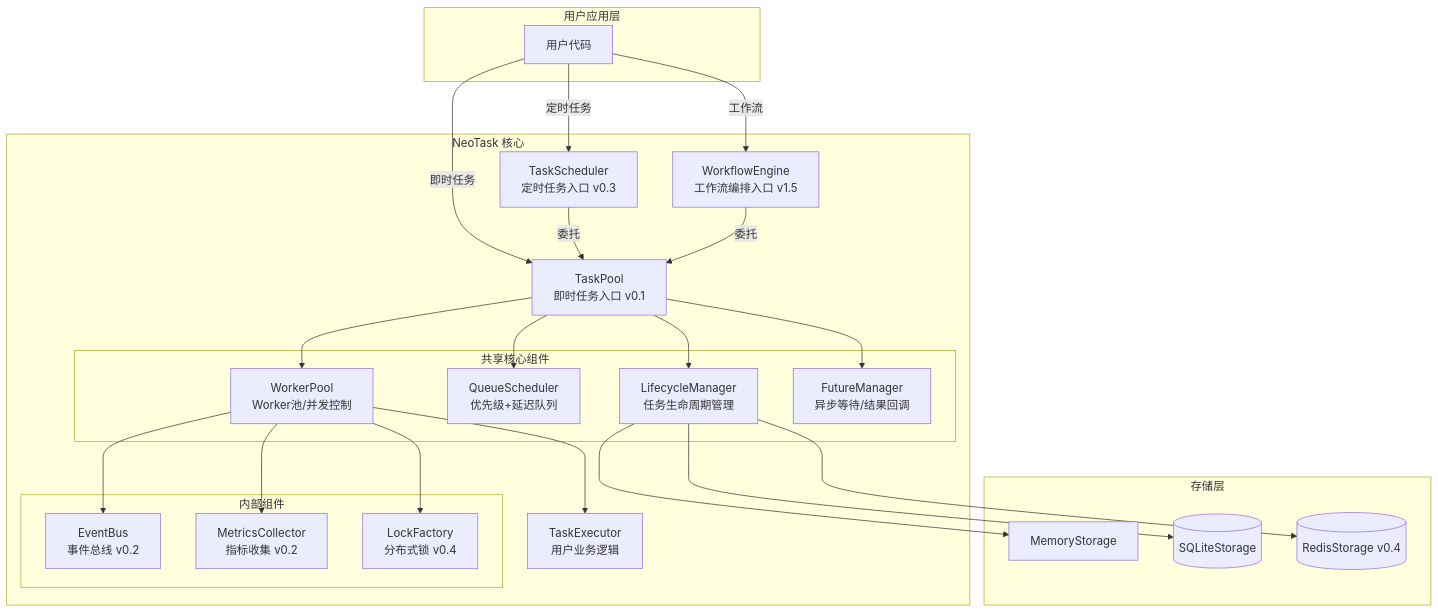
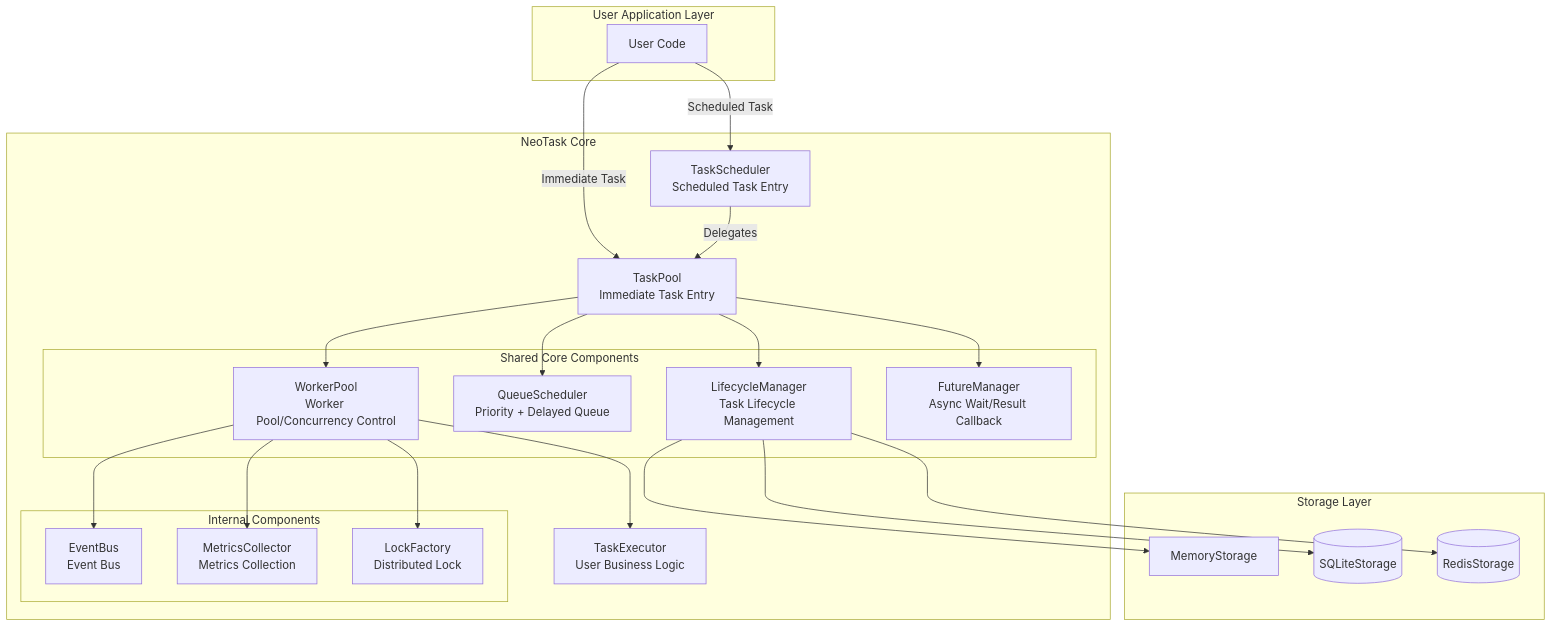
The first of 2 diagrams in README.md (neopen/task-schedule-manager), drawn with Mermaid before and after one commit. The commit also changed other lines of this file and 6 other files, not shown here.

````diff
--- a/README.md
+++ b/README.md
@@ -44,52 +43,49 @@
 ```mermaid
 graph TB
-    subgraph User["用户应用层"]
-        APP[用户代码]
+    subgraph User["User Application Layer"]
+        APP[User Code]
     end
     
-    subgraph NeoTask["NeoTask 核心"]
-        TP[TaskPool<br/>即时任务入口 v0.1]
-        TS[TaskScheduler<br/>定时任务入口 v0.3]
-        WF[WorkflowEngine<br/>工作流编排入口 v1.5]
+    subgraph NeoTask["NeoTask Core"]
+        TP[TaskPool<br/>Immediate Task Entry]
+        TS[TaskScheduler<br/>Scheduled Task Entry]
         
-        subgraph Core["共享核心组件"]
-            LM[LifecycleManager<br/>任务生命周期管理]
-            QS[QueueScheduler<br/>优先级+延迟队列]
-            WP[WorkerPool<br/>Worker池/并发控制]
-            FM[FutureManager<br/>异步等待/结果回调]
+        subgraph Core["Shared Core Components"]
+            LM[LifecycleManager<br/>Task Lifecycle Management]
+            QS[QueueScheduler<br/>Priority + Delayed Queue]
+            WP[WorkerPool<br/>Worker Pool/Concurrency Control]
+            FM[FutureManager<br/>Async Wait/Result Callback]
         end
         
-        subgraph Internal["内部组件"]
-            EB[EventBus<br/>事件总线 v0.2]
-            MC[MetricsCollector<br/>指标收集 v0.2]
-            LF[LockFactory<br/>分布式锁 v0.4]
+        subgraph Internal["Internal Components"]
+            EB[EventBus<br/>Event Bus]
+            MC[MetricsCollector<br/>Metrics Collection]
+            LF[LockFactory<br/>Distributed Lock]
         end
         
-        EX[TaskExecutor<br/>用户业务逻辑]
+        EX[TaskExecutor<br/>User Business Logic]
     end
     
-    subgraph Storage["存储层"]
+    subgraph Storage["Storage Layer"]
         MEM[MemoryStorage]
         SQLITE[(SQLiteStorage)]
-        REDIS[(RedisStorage v0.4)]
+        REDIS[(RedisStorage)]
     end
     
-    APP -->|即时任务| TP
-    APP -->|定时任务| TS
-    APP -->|工作流| WF
-    TS -->|委托| TP
-    WF -->|委托| TP
+    APP -->|Immediate Task| TP
+    APP -->|Scheduled Task| TS
+    TS -->|Delegates| TP
     TP --> LM
     TP --> QS
     TP --> WP
     TP --> FM
     
     LM --> MEM
     LM --> SQLITE
     LM --> REDIS
     
     WP --> EX
     WP --> EB
     WP --> MC
     WP --> LF
 ```
````
